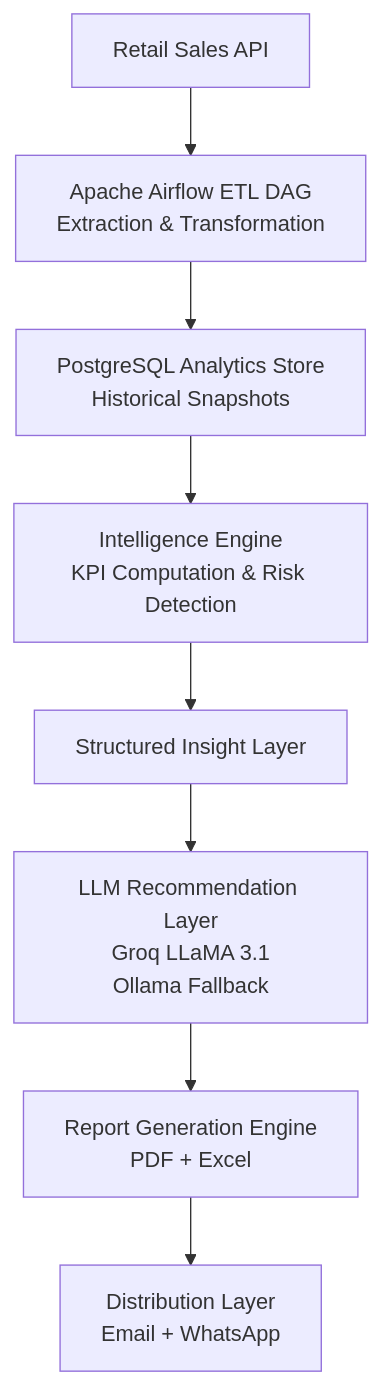
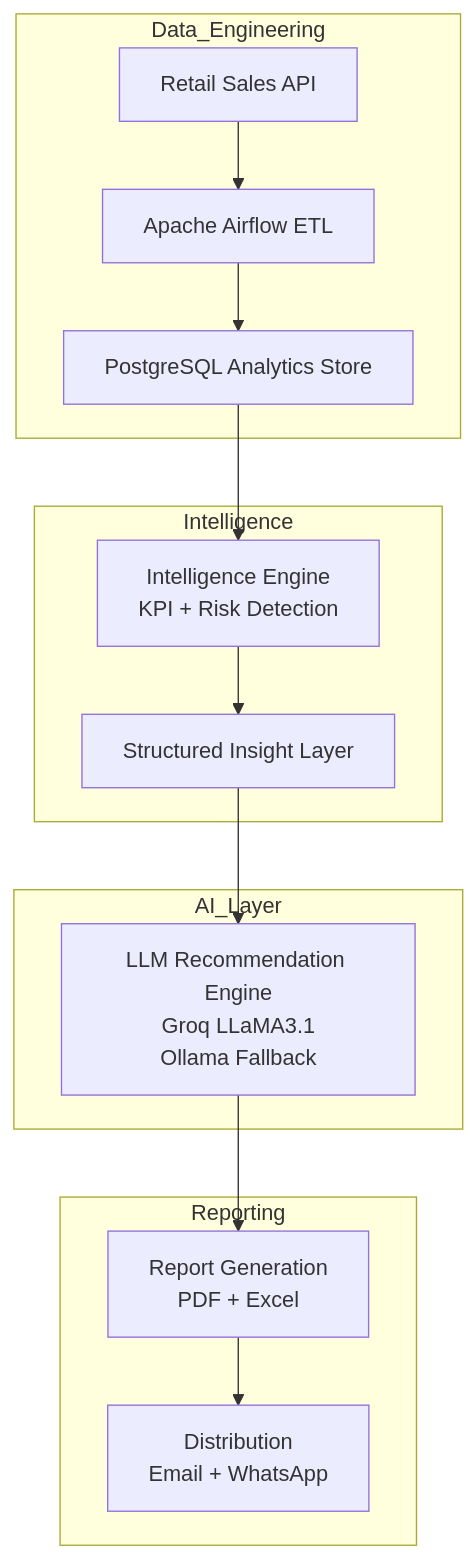
The first of 2 diagrams in readme.md (SominZex/sales_analysis_algorithm), drawn with Mermaid before and after one commit.

Commit message:
udpate architectural readme

````diff
--- a/readme.md
+++ b/readme.md
@@ -4,20 +3,31 @@
 ```mermaid
 flowchart TD
 
+subgraph Data_Engineering
 A[Retail Sales API]
-B[Apache Airflow ETL DAG<br>Extraction & Transformation]
-C[PostgreSQL Analytics Store<br>Historical Snapshots]
-D[Intelligence Engine<br>KPI Computation & Risk Detection]
+B[Apache Airflow ETL]
+C[PostgreSQL Analytics Store]
+end
+
+subgraph Intelligence
+D[Intelligence Engine<br>KPI + Risk Detection]
 E[Structured Insight Layer]
-F[LLM Recommendation Layer<br>Groq LLaMA 3.1<br>Ollama Fallback]
-G[Report Generation Engine<br>PDF + Excel]
-H[Distribution Layer<br>Email + WhatsApp]
+end
+
+subgraph AI_Layer
+F[LLM Recommendation Engine<br>Groq LLaMA3.1<br>Ollama Fallback]
+end
+
+subgraph Reporting
+G[Report Generation<br>PDF + Excel]
+H[Distribution<br>Email + WhatsApp]
+end
 
 A --> B
 B --> C
 C --> D
 D --> E
 E --> F
 F --> G
 G --> H
 ```
````
